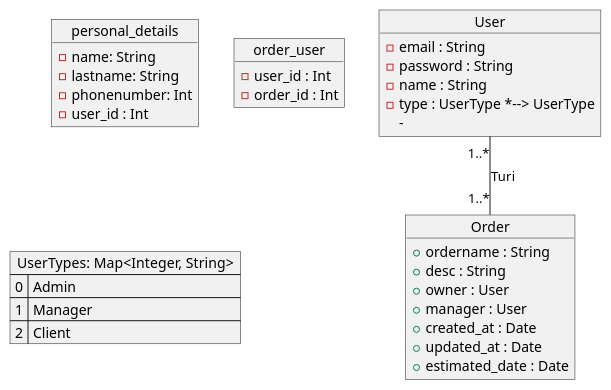
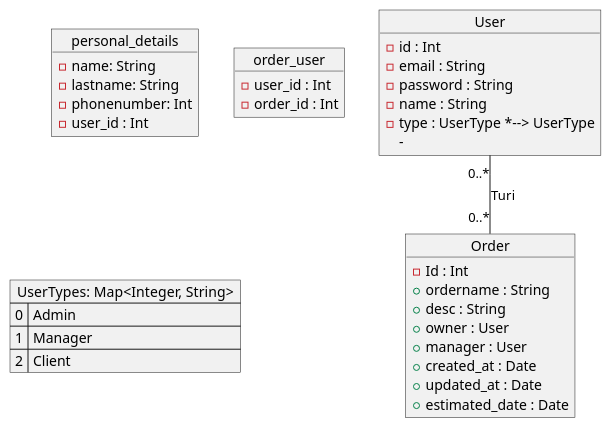
Before and after one commit to fiplo/RepairService: the diagram in docs/UML/DB.puml, drawn with PlantUML. The commit also changed 1 other file, not shown here.

Commit message:
Fixed mistakes in DB UML

```diff
--- a/docs/UML/DB.puml
+++ b/docs/UML/DB.puml
@@ -1,42 +1,44 @@
 @startuml DB
 
 object User {
+    -id : Int
   -email : String
   -password : String
   -name : String
   -type : UserType *--> UserType
   -
 }
 
 object personal_details {
     -name: String
     -lastname: String
     -phonenumber: Int
     -user_id : Int
 }
 
 object order_user {
  -user_id : Int
  -order_id : Int
 }
 
 object Order {
+    -Id : Int
   +ordername : String
   +desc : String
   +owner : User
   +manager : User
   +created_at : Date
   +updated_at : Date
   +estimated_date : Date
 }
 
 map "UserTypes: Map<Integer, String>" as UserType {
  0 => Admin
  1 => Manager
  2 => Client
 }
 
 
-User "1..*" -- "1..*" Order : Turi
+User "0..*" -- "0..*" Order : Turi
 
 @enduml
```
